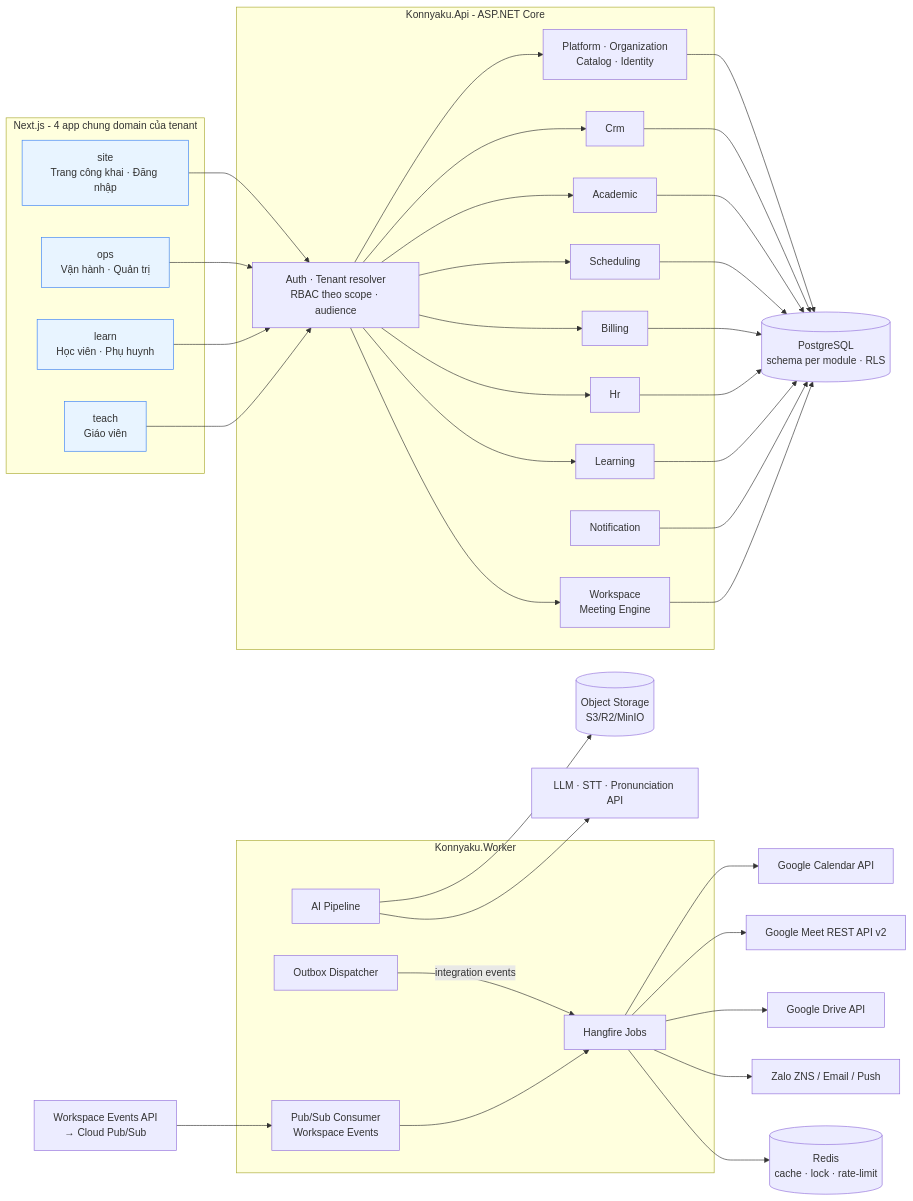
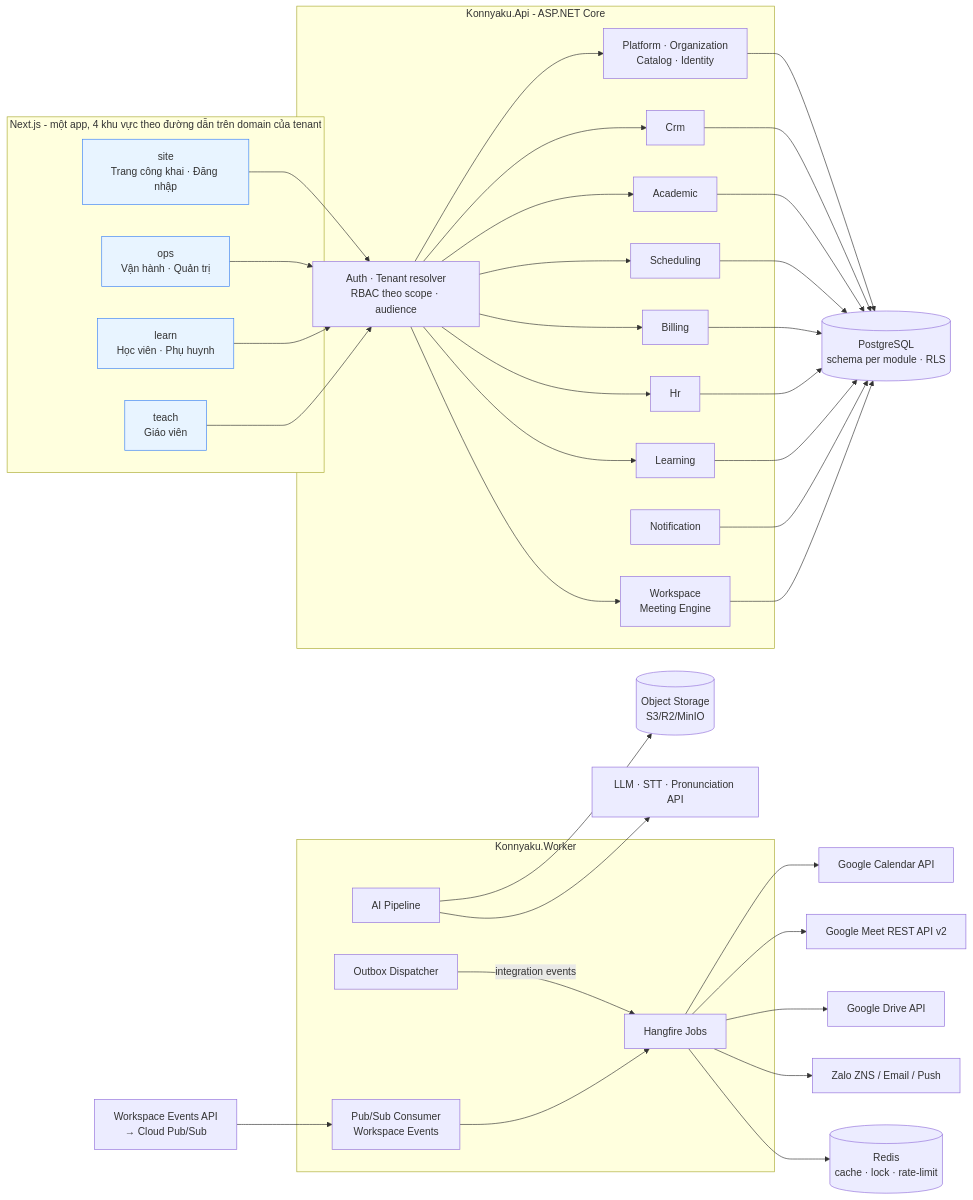
Before and after one commit to CDV00/konnyaku: the first of 2 diagrams in docs/02-architecture.md, drawn with Mermaid. The commit also changed 74 other files, not shown here.

First line of the commit message:
refactor(frontend): merge learn, teach and ops into one next.js app

````diff
--- a/docs/02-architecture.md
+++ b/docs/02-architecture.md
@@ -27,51 +27,51 @@
 ```mermaid
 flowchart LR
-  subgraph Clients[Next.js - 4 app chung domain của tenant]
+  subgraph Clients[Next.js - một app, 4 khu vực theo đường dẫn trên domain của tenant]
     P[site<br/>Trang công khai · Đăng nhập]:::fe
     A[ops<br/>Vận hành · Quản trị]:::fe
     S[learn<br/>Học viên · Phụ huynh]:::fe
     T[teach<br/>Giáo viên]:::fe
   end
 
   subgraph Konnyaku_Api[Konnyaku.Api - ASP.NET Core]
     GW[Auth · Tenant resolver<br/>RBAC theo scope · audience]
     M0[Platform · Organization<br/>Catalog · Identity]
     M1[Crm]
     M2[Academic]
     M3[Scheduling]
     M4[Billing]
     M5[Hr]
     M6[Learning]
     M7[Notification]
     M8[Workspace<br/>Meeting Engine]
   end
 
   subgraph Konnyaku_Worker[Konnyaku.Worker]
     J1[Hangfire Jobs]
     J2[Outbox Dispatcher]
     J3[Pub/Sub Consumer<br/>Workspace Events]
     J4[AI Pipeline]
   end
 
   DB[(PostgreSQL<br/>schema per module · RLS)]
   R[(Redis<br/>cache · lock · rate-limit)]
   OBJ[(Object Storage<br/>S3/R2/MinIO)]
 
   G1[Google Calendar API]
   G2[Google Meet REST API v2]
   G3[Google Drive API]
   G4[Workspace Events API<br/>→ Cloud Pub/Sub]
   Z[Zalo ZNS / Email / Push]
   AI[LLM · STT · Pronunciation API]
 
   P & A & S & T --> GW --> M0 & M1 & M2 & M3 & M4 & M5 & M6 & M8
   M0 & M1 & M2 & M3 & M4 & M5 & M6 & M7 & M8 --> DB
   J2 -->|integration events| J1
   J1 --> G1 & G2 & G3
   G4 --> J3 --> J1
   J1 --> Z
   J4 --> AI
   J4 --> OBJ
   J1 --> R
   classDef fe fill:#e8f4ff,stroke:#3b82f6
 ```
````
